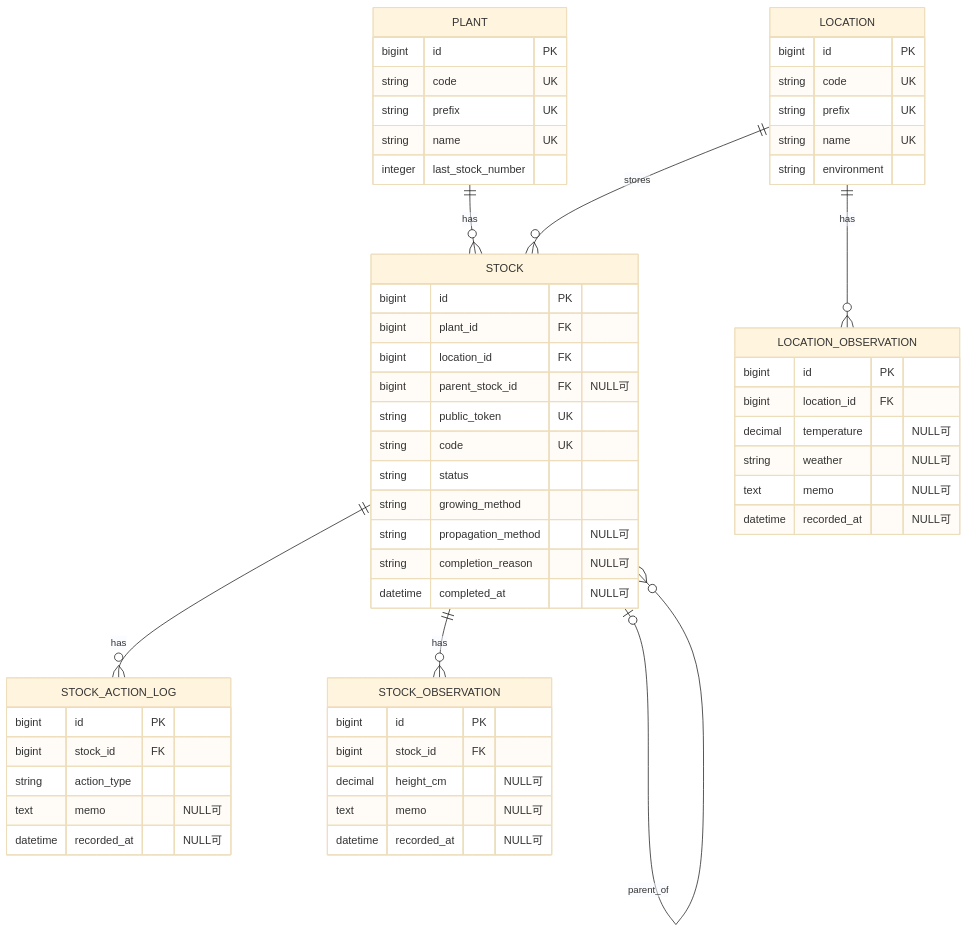
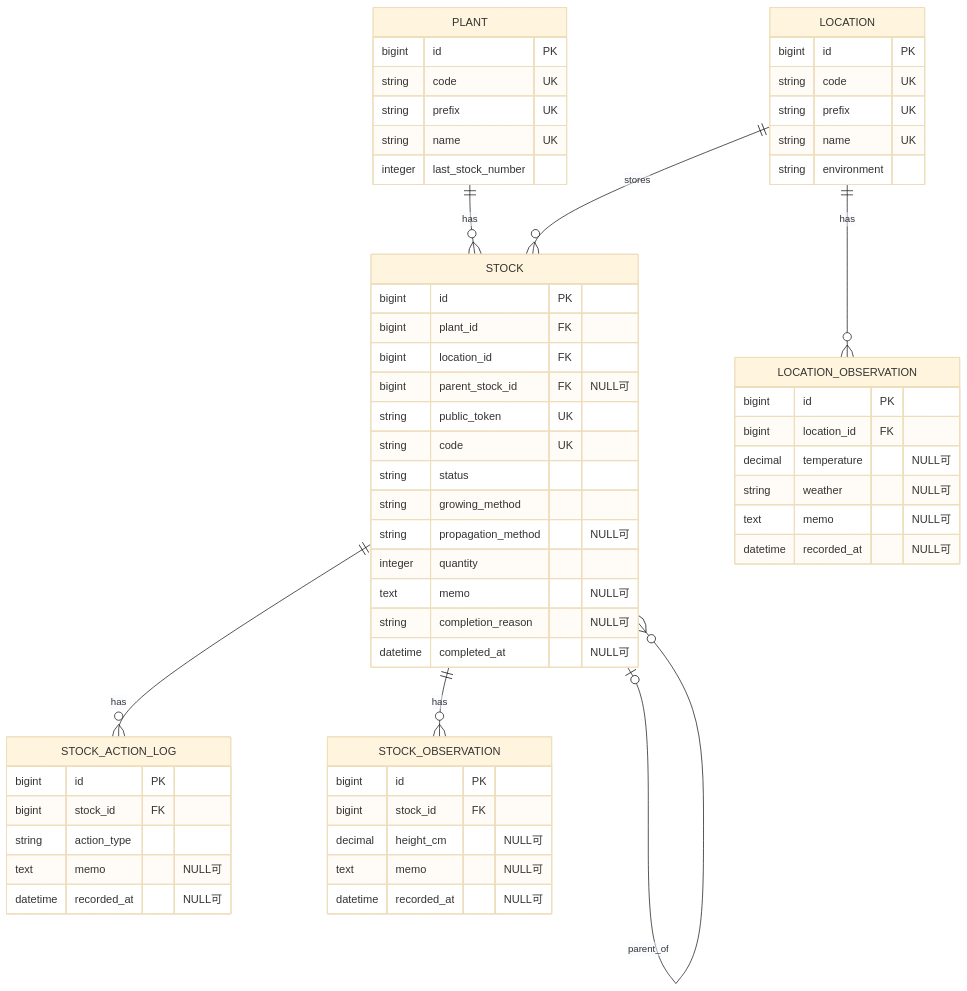
One commit to kawauso29/basil-manager changed the diagram in doc/er.md. Above: the diagram before and after it, drawn with Mermaid (base theme). The commit also changed 16 other files, not shown here.

````diff
--- a/doc/er.md
+++ b/doc/er.md
@@ -21,64 +21,66 @@
 ```mermaid
 erDiagram
     PLANT ||--o{ STOCK : has
     LOCATION ||--o{ STOCK : stores
     STOCK o|--o{ STOCK : parent_of
     STOCK ||--o{ STOCK_ACTION_LOG : has
     STOCK ||--o{ STOCK_OBSERVATION : has
     LOCATION ||--o{ LOCATION_OBSERVATION : has
 
     PLANT {
         bigint id PK
         string code UK
         string prefix UK
         string name UK
         integer last_stock_number
     }
 
     STOCK {
         bigint id PK
         bigint plant_id FK
         bigint location_id FK
         bigint parent_stock_id FK "NULL可"
         string public_token UK
         string code UK
         string status
         string growing_method
         string propagation_method "NULL可"
+        integer quantity
+        text memo "NULL可"
         string completion_reason "NULL可"
         datetime completed_at "NULL可"
     }
 
     LOCATION {
         bigint id PK
         string code UK
         string prefix UK
         string name UK
         string environment
     }
 
     STOCK_ACTION_LOG {
         bigint id PK
         bigint stock_id FK
         string action_type
         text memo "NULL可"
         datetime recorded_at "NULL可"
     }
 
     STOCK_OBSERVATION {
         bigint id PK
         bigint stock_id FK
         decimal height_cm "NULL可"
         text memo "NULL可"
         datetime recorded_at "NULL可"
     }
 
     LOCATION_OBSERVATION {
         bigint id PK
         bigint location_id FK
         decimal temperature "NULL可"
         string weather "NULL可"
         text memo "NULL可"
         datetime recorded_at "NULL可"
     }
 ```
````
